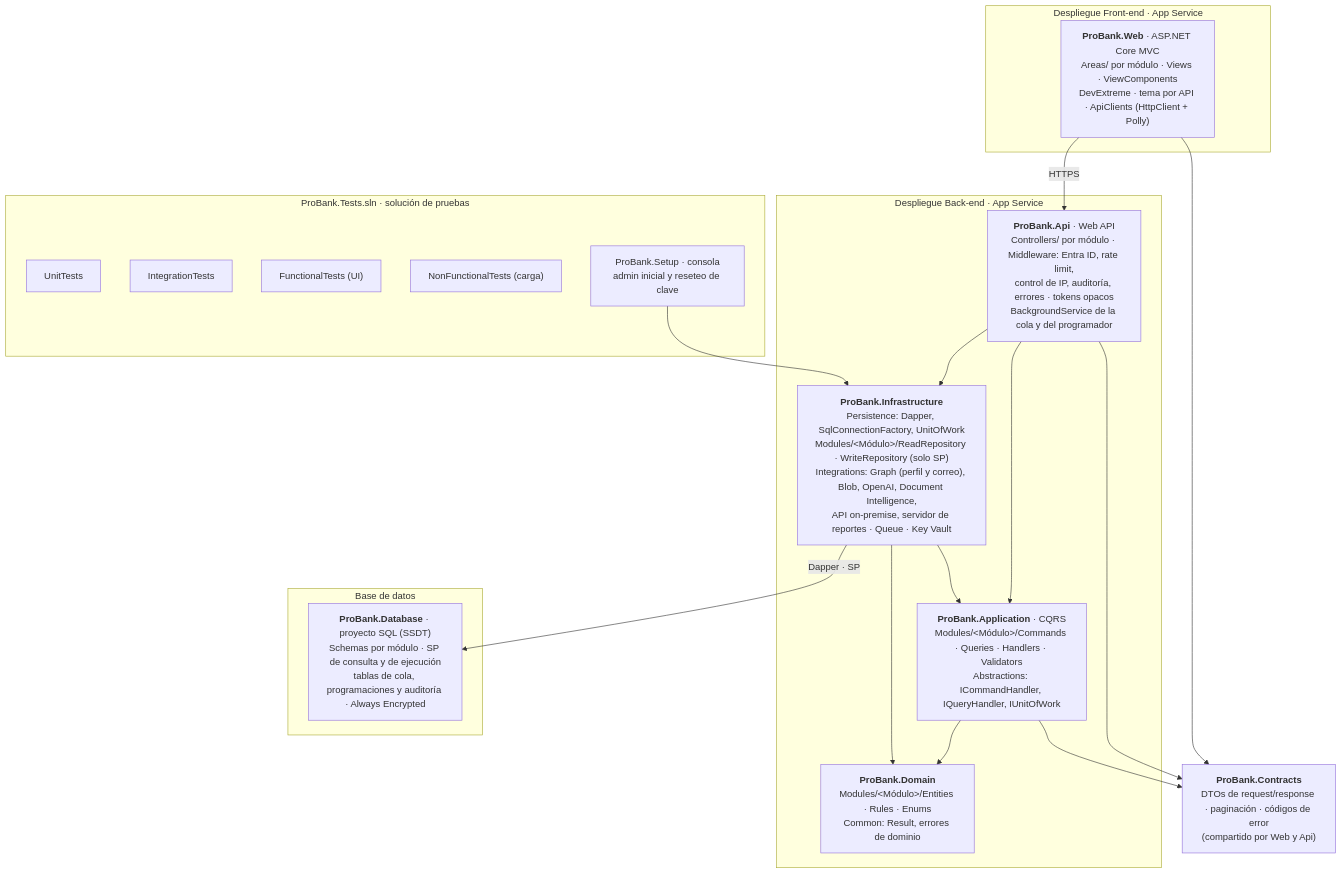
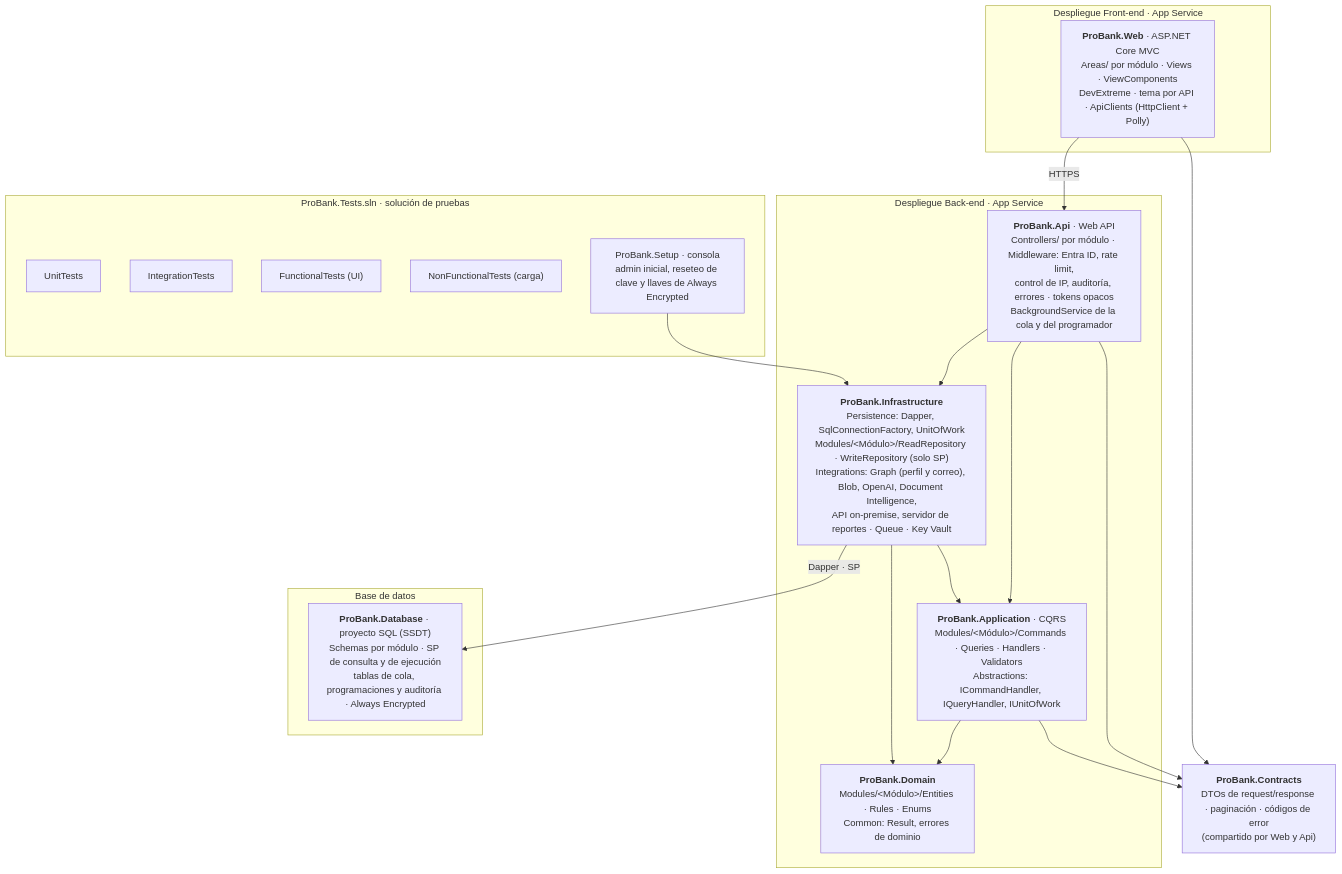
Before and after one commit to buenchico40/ProBank: the third of 3 diagrams in docs/arquitectura.md, drawn with Mermaid. The commit also changed other lines of this file and 304 other files, not shown here.

````diff
--- a/docs/arquitectura.md
+++ b/docs/arquitectura.md
@@ -126,34 +126,34 @@
 ```mermaid
 flowchart TB
   subgraph FE["Despliegue Front-end · App Service"]
     WEB["<b>ProBank.Web</b> · ASP.NET Core MVC<br/>Areas/ por módulo · Views · ViewComponents<br/>DevExtreme · tema por API · ApiClients (HttpClient + Polly)"]
   end
   subgraph BE["Despliegue Back-end · App Service"]
     API["<b>ProBank.Api</b> · Web API<br/>Controllers/ por módulo · Middleware: Entra ID, rate limit,<br/>control de IP, auditoría, errores · tokens opacos<br/>BackgroundService de la cola y del programador"]
     APP["<b>ProBank.Application</b> · CQRS<br/>Modules/&lt;Módulo&gt;/Commands · Queries · Handlers · Validators<br/>Abstractions: ICommandHandler, IQueryHandler, IUnitOfWork"]
     DOM["<b>ProBank.Domain</b><br/>Modules/&lt;Módulo&gt;/Entities · Rules · Enums<br/>Common: Result, errores de dominio"]
     INF["<b>ProBank.Infrastructure</b><br/>Persistence: Dapper, SqlConnectionFactory, UnitOfWork<br/>Modules/&lt;Módulo&gt;/ReadRepository · WriteRepository (solo SP)<br/>Integrations: Graph (perfil y correo), Blob, OpenAI, Document Intelligence,<br/>API on-premise, servidor de reportes · Queue · Key Vault"]
   end
   CON["<b>ProBank.Contracts</b><br/>DTOs de request/response · paginación · códigos de error<br/>(compartido por Web y Api)"]
   subgraph DBS["Base de datos"]
     DB["<b>ProBank.Database</b> · proyecto SQL (SSDT)<br/>Schemas por módulo · SP de consulta y de ejecución<br/>tablas de cola, programaciones y auditoría · Always Encrypted"]
   end
   subgraph TST["ProBank.Tests.sln · solución de pruebas"]
     UT["UnitTests"]
     IT["IntegrationTests"]
     FT["FunctionalTests (UI)"]
     NF["NonFunctionalTests (carga)"]
-    SET["ProBank.Setup · consola<br/>admin inicial y reseteo de clave"]
+    SET["ProBank.Setup · consola<br/>admin inicial, reseteo de clave y llaves de Always Encrypted"]
   end
   WEB -->|HTTPS| API
   WEB --> CON
   API --> APP
   API --> INF
   API --> CON
   APP --> DOM
   APP --> CON
   INF --> APP
   INF --> DOM
   INF -->|Dapper · SP| DB
   SET --> INF
 ```
````
